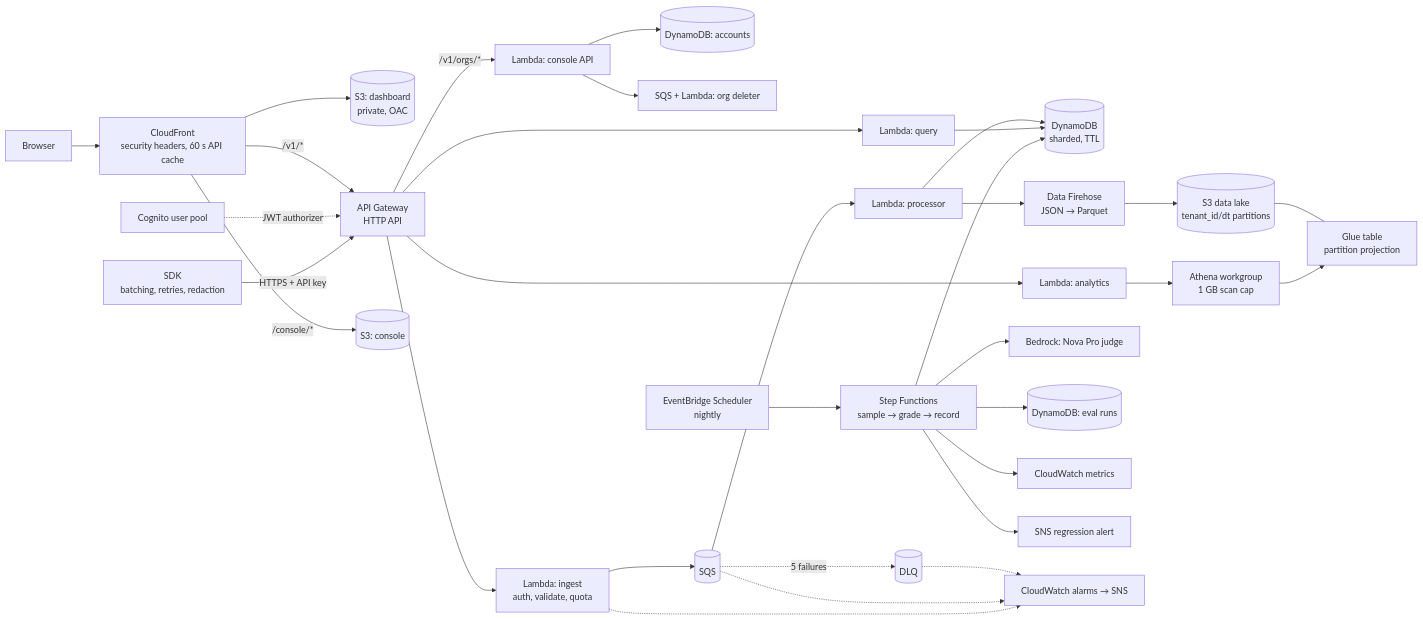
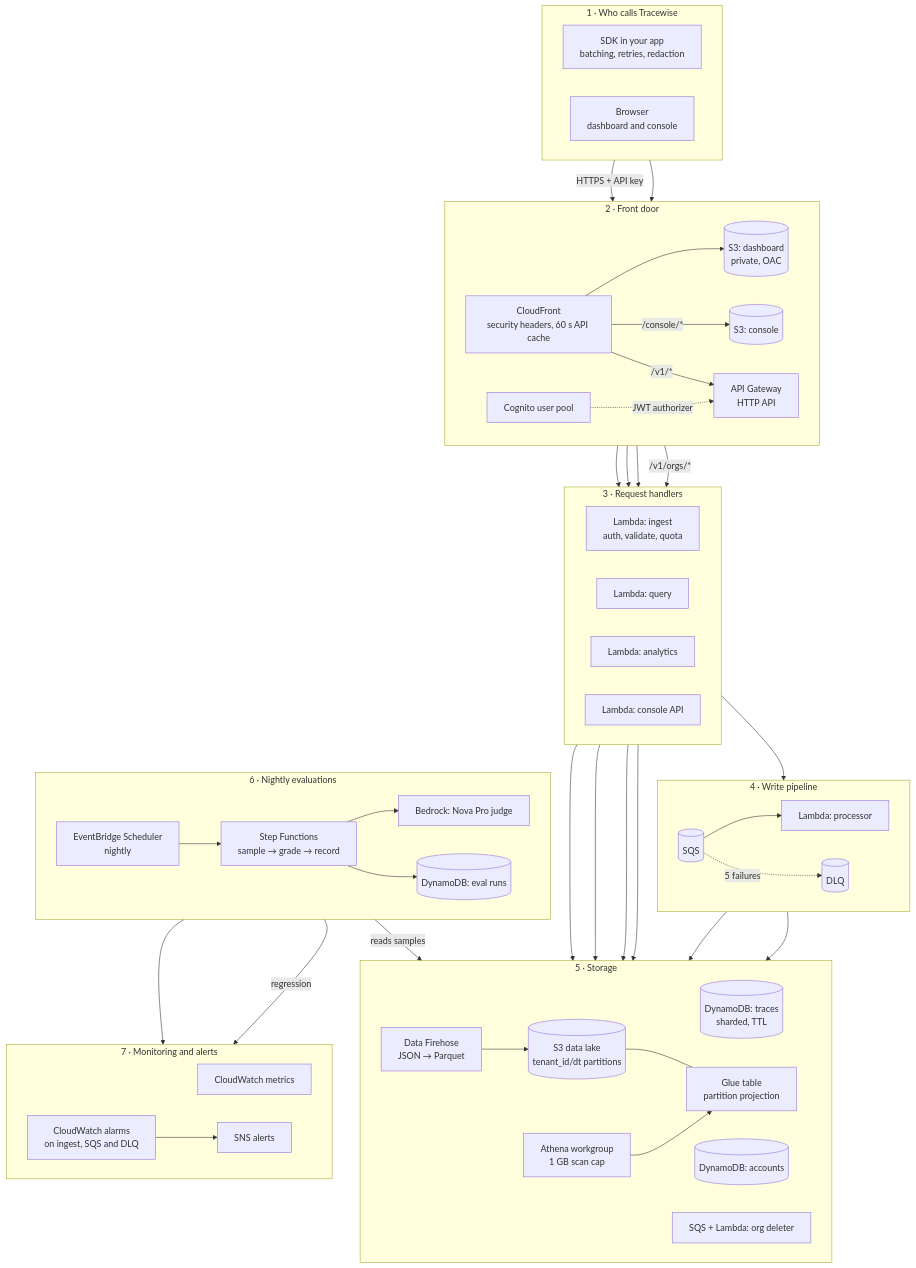
One commit to zaiby83/tracewise changed the diagram in README.md. Above: the diagram before and after it, drawn with Mermaid. The commit also changed 1 other file, not shown here.

Commit message:
Redraw the architecture diagrams top to bottom in numbered tiers

````diff
--- a/README.md
+++ b/README.md
@@ -18,27 +18,92 @@
 ```mermaid
-flowchart LR
-    U[Browser] --> CF[CloudFront<br/>security headers, 60 s API cache]
-    CF --> SITE[(S3: dashboard<br/>private, OAC)]
+flowchart TB
+    subgraph callers["1 · Who calls Tracewise"]
+        direction LR
+        SDK[SDK in your app<br/>batching, retries, redaction]
+        U[Browser<br/>dashboard and console]
+    end
+
+    subgraph front["2 · Front door"]
+        direction LR
+        CF[CloudFront<br/>security headers, 60 s API cache]
+        SITE[(S3: dashboard<br/>private, OAC)]
+        CONSOLE[(S3: console)]
+        APIGW[API Gateway<br/>HTTP API]
+        COG[Cognito user pool]
+    end
+
+    subgraph handlers["3 · Request handlers"]
+        direction LR
+        ING[Lambda: ingest<br/>auth, validate, quota]
+        Q[Lambda: query]
+        AN[Lambda: analytics]
+        ORGS[Lambda: console API]
+    end
+
+    subgraph pipeline["4 · Write pipeline"]
+        direction LR
+        SQS[(SQS)]
+        DLQ[(DLQ)]
+        PROC[Lambda: processor]
+    end
+
+    subgraph storage["5 · Storage"]
+        direction LR
+        DDB[(DynamoDB: traces<br/>sharded, TTL)]
+        FH[Data Firehose<br/>JSON → Parquet]
+        S3[(S3 data lake<br/>tenant_id/dt partitions)]
+        GLUE[Glue table<br/>partition projection]
+        ATH[Athena workgroup<br/>1 GB scan cap]
+        ACC[(DynamoDB: accounts)]
+        DEL[SQS + Lambda: org deleter]
+    end
+
+    subgraph evals["6 · Nightly evaluations"]
+        direction LR
+        SCHED[EventBridge Scheduler<br/>nightly]
+        SFN[Step Functions<br/>sample → grade → record]
+        BR[Bedrock: Nova Pro judge]
+        EV[(DynamoDB: eval runs)]
+    end
+
+    subgraph monitoring["7 · Monitoring and alerts"]
+        direction LR
+        CWM[CloudWatch metrics]
+        CW[CloudWatch alarms<br/>on ingest, SQS and DLQ]
+        SNS[SNS alerts]
+    end
+
+    SDK -->|HTTPS + API key| APIGW
+    U --> CF
+    CF --> SITE
+    CF -->|/console/*| CONSOLE
     CF -->|/v1/*| APIGW
-    CF -->|/console/*| CONSOLE[(S3: console)]
-    COG[Cognito user pool] -.JWT authorizer.-> APIGW
-    APIGW -->|/v1/orgs/*| ORGS[Lambda: console API] --> ACC[(DynamoDB: accounts)]
-    ORGS --> DEL[SQS + Lambda: org deleter]
-    SDK[SDK<br/>batching, retries, redaction] -->|HTTPS + API key| APIGW[API Gateway<br/>HTTP API]
-    APIGW --> ING[Lambda: ingest<br/>auth, validate, quota]
-    ING --> SQS[(SQS)]
-    SQS --> PROC[Lambda: processor]
-    SQS -.5 failures.-> DLQ[(DLQ)]
-    PROC --> DDB[(DynamoDB<br/>sharded, TTL)]
-    PROC --> FH[Data Firehose<br/>JSON → Parquet]
-    FH --> S3[(S3 data lake<br/>tenant_id/dt partitions)]
-    S3 --- GLUE[Glue table<br/>partition projection]
-    APIGW --> Q[Lambda: query] --> DDB
-    APIGW --> AN[Lambda: analytics] --> ATH[Athena workgroup<br/>1 GB scan cap] --> GLUE
-    SCHED[EventBridge Scheduler<br/>nightly] --> SFN[Step Functions<br/>sample → grade → record]
-    SFN --> DDB
-    SFN --> BR[Bedrock: Nova Pro judge]
-    SFN --> EV[(DynamoDB: eval runs)]
-    SFN --> CWM[CloudWatch metrics] & SNS[SNS regression alert]
-    DLQ & SQS & ING -.-> CW[CloudWatch alarms → SNS]
+    COG -.JWT authorizer.-> APIGW
+
+    APIGW --> ING
+    APIGW --> Q
+    APIGW --> AN
+    APIGW -->|/v1/orgs/*| ORGS
+
+    ING --> SQS
+    SQS --> PROC
+    SQS -.5 failures.-> DLQ
+    PROC --> DDB
+    PROC --> FH
+    FH --> S3
+    S3 --- GLUE
+
+    Q --> DDB
+    AN --> ATH --> GLUE
+    ORGS --> ACC
+    ORGS --> DEL
+
+    SCHED --> SFN
+    SFN -->|reads samples| DDB
+    SFN --> BR
+    SFN --> EV
+    SFN --> CWM
+    SFN -->|regression| SNS
+
+    CW --> SNS
 ```
````
